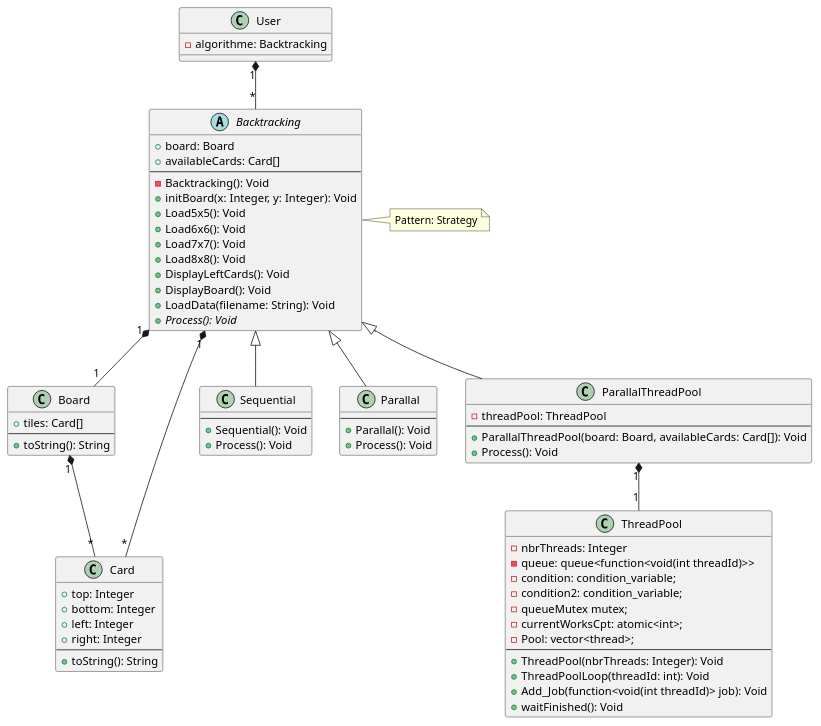
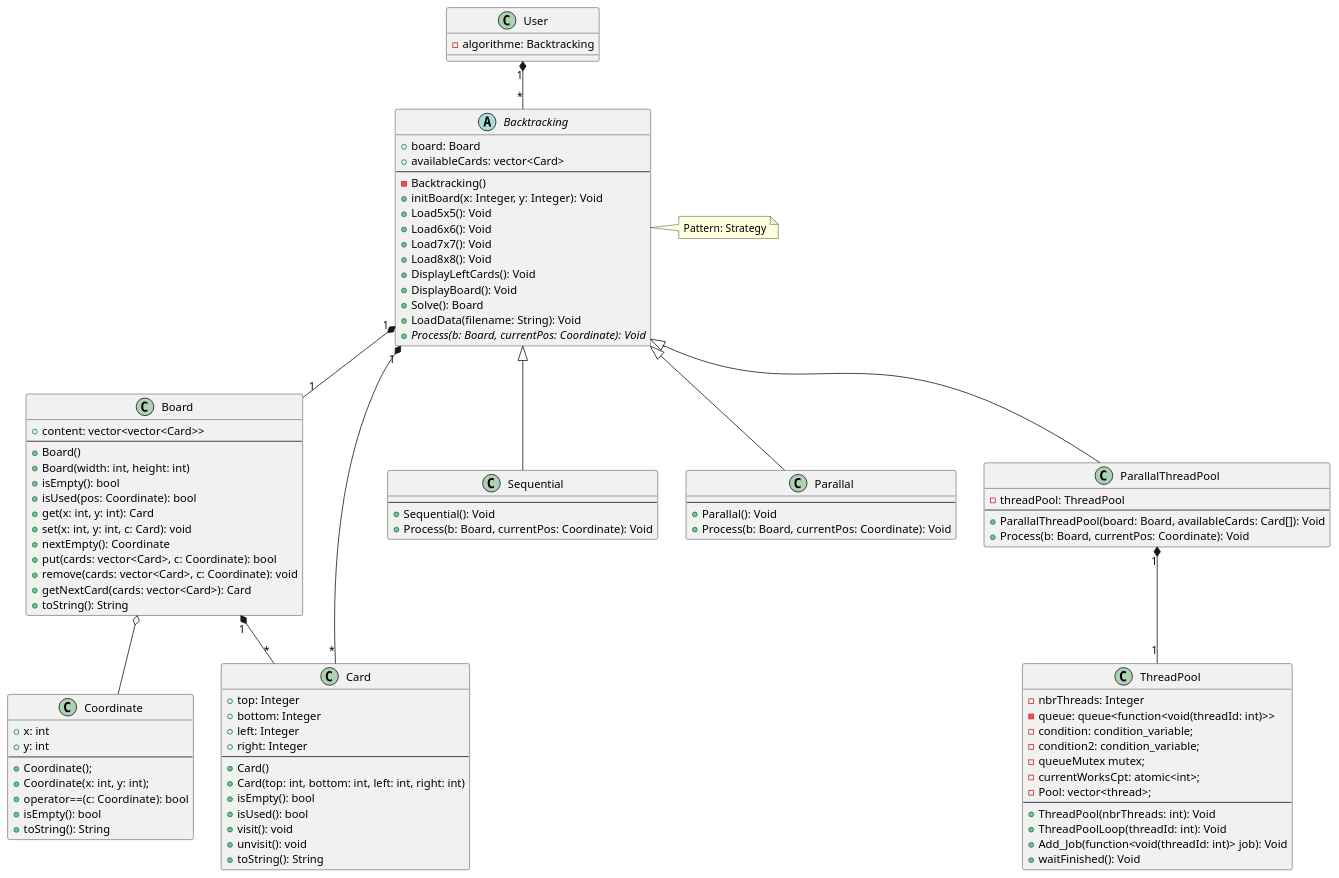
One commit to qanastek/Concurency-Tetravex changed the diagram in modelisation/OverviewClasses.plantuml. Above: the diagram before and after it, drawn with PlantUML. The commit also changed 27 other files, not shown here.

```diff
--- a/modelisation/OverviewClasses.plantuml
+++ b/modelisation/OverviewClasses.plantuml
@@ -1,80 +1,109 @@
 @startuml Overview
 
 class User {
     - algorithme: Backtracking
 }
 User "1" *-- "*" Backtracking
 
 class Board {
-    + tiles: Card[]
+    + content: vector<vector<Card>>
     ---
+    + Board()
+    + Board(width: int, height: int)
+    + isEmpty(): bool
+    + isUsed(pos: Coordinate): bool
+    + get(x: int, y: int): Card
+    + set(x: int, y: int, c: Card): void
+    + nextEmpty(): Coordinate
+    + put(cards: vector<Card>, c: Coordinate): bool
+    + remove(cards: vector<Card>, c: Coordinate): void
+    + getNextCard(cards: vector<Card>): Card
     + toString(): String
 }
+Board o-- Coordinate
 Board "1" *-- "*" Card
 
 class Card {
     + top: Integer
     + bottom: Integer
     + left: Integer
     + right: Integer
     ---
+    + Card()
+    + Card(top: int, bottom: int, left: int, right: int)
+    + isEmpty(): bool
+    + isUsed(): bool
+    + visit(): void
+    + unvisit(): void
     + toString(): String
 }
 
 abstract class Backtracking {
     + board: Board
-    + availableCards: Card[]
+    + availableCards: vector<Card>
     ---
-    - Backtracking(): Void
+    - Backtracking()
     + initBoard(x: Integer, y: Integer): Void
     + Load5x5(): Void
     + Load6x6(): Void
     + Load7x7(): Void
     + Load8x8(): Void
     + DisplayLeftCards(): Void
     + DisplayBoard(): Void
+    + Solve(): Board
     + LoadData(filename: String): Void
-    + {abstract} Process(): Void
+    + {abstract} Process(b: Board, currentPos: Coordinate): Void
 }
 note right of Backtracking
 Pattern: Strategy
 end note
 Backtracking "1" *-- "1" Board
 Backtracking "1" *-- "*" Card
 
 class Sequential extends Backtracking {
     ---
     + Sequential(): Void
-    + Process(): Void
+    + Process(b: Board, currentPos: Coordinate): Void
 }
 
 class Parallal extends Backtracking {
     ---
     + Parallal(): Void
-    + Process(): Void
+    + Process(b: Board, currentPos: Coordinate): Void
 }
 
 class ParallalThreadPool extends Backtracking {
     - threadPool: ThreadPool
     ---
     + ParallalThreadPool(board: Board, availableCards: Card[]): Void
-    + Process(): Void
+    + Process(b: Board, currentPos: Coordinate): Void
 }
 
 class ThreadPool {
     - nbrThreads: Integer
-    - queue: queue<function<void(int threadId)>>
+    - queue: queue<function<void(threadId: int)>>
     - condition: condition_variable;
     - condition2: condition_variable;
     - queueMutex mutex;
     - currentWorksCpt: atomic<int>;
     - Pool: vector<thread>;
     ---
-    + ThreadPool(nbrThreads: Integer): Void
+    + ThreadPool(nbrThreads: int): Void
     + ThreadPoolLoop(threadId: int): Void
-    + Add_Job(function<void(int threadId)> job): Void
+    + Add_Job(function<void(threadId: int)> job): Void
     + waitFinished(): Void
 }
 ParallalThreadPool "1" *-- "1" ThreadPool
 
+class Coordinate {
+    + x: int
+    + y: int
+    ---
+    + Coordinate();
+    + Coordinate(x: int, y: int);
+    + operator==(c: Coordinate): bool
+    + isEmpty(): bool
+    + toString(): String
+}
+
 @enduml
```
